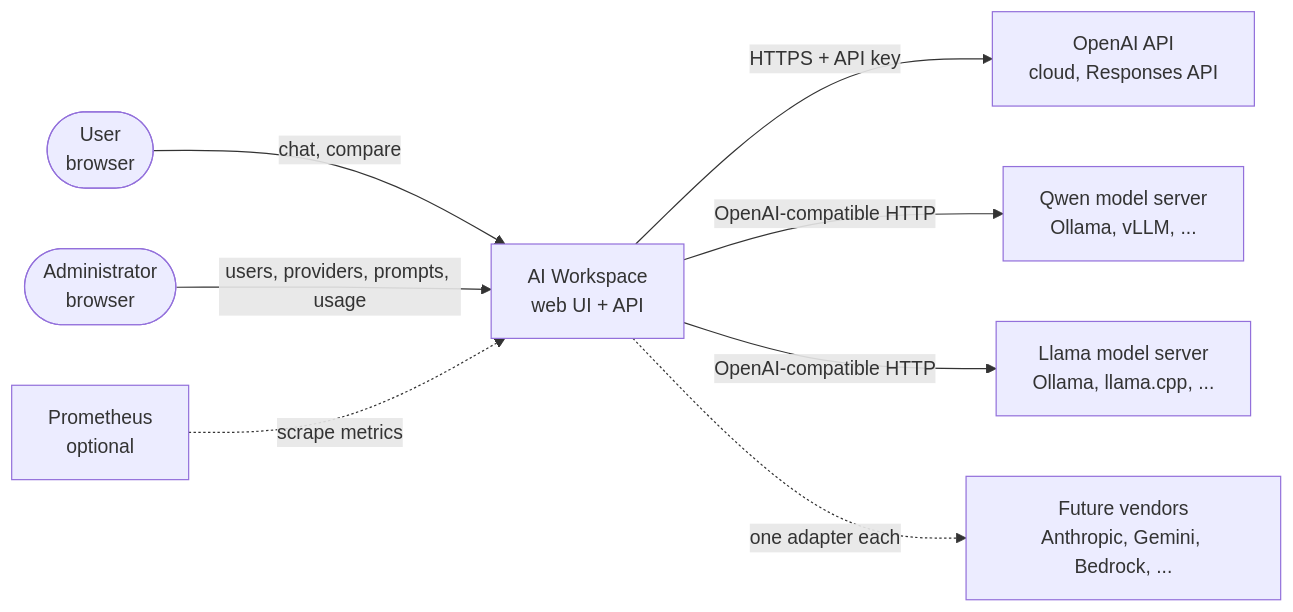
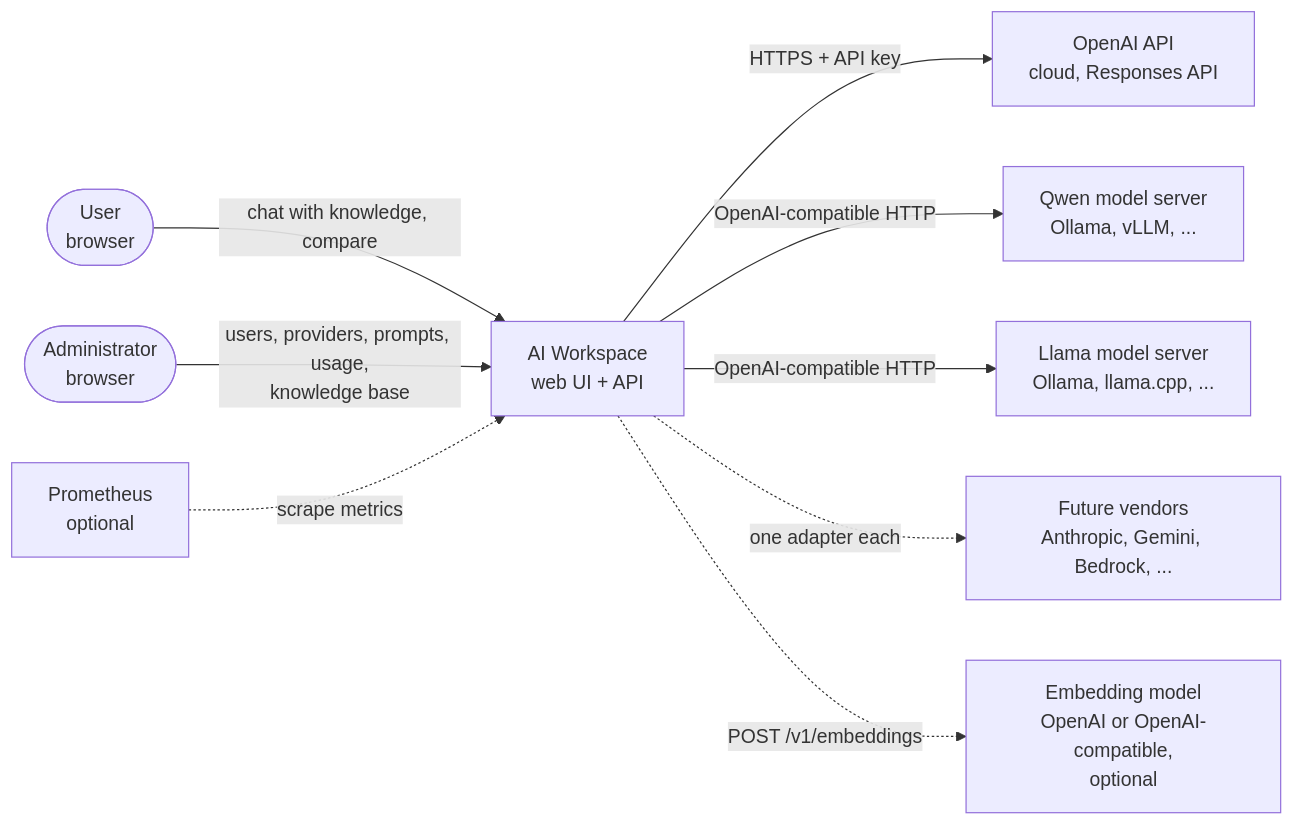
One commit to minhaj86/multi-llm-chat-agent changed the first of 15 diagrams in docs/architecture.md. Above: the diagram before and after it, drawn with Mermaid. The commit also changed other lines of this file and 196 other files, not shown here.

Commit message:
Add RAG knowledge base support

````diff
--- a/docs/architecture.md
+++ b/docs/architecture.md
@@ -36,19 +38,21 @@
 ```mermaid
 flowchart LR
     user(["User<br/>browser"])
     admin(["Administrator<br/>browser"])
     ws["AI Workspace<br/>web UI + API"]
     openai["OpenAI API<br/>cloud, Responses API"]
     qwen["Qwen model server<br/>Ollama, vLLM, ..."]
     llama["Llama model server<br/>Ollama, llama.cpp, ..."]
     future["Future vendors<br/>Anthropic, Gemini, Bedrock, ..."]
+    embed["Embedding model<br/>OpenAI or OpenAI-compatible,<br/>optional"]
     prom["Prometheus<br/>optional"]
 
-    user -->|"chat, compare"| ws
-    admin -->|"users, providers, prompts, usage"| ws
+    user -->|"chat with knowledge, compare"| ws
+    admin -->|"users, providers, prompts, usage,<br/>knowledge base"| ws
     ws -->|"HTTPS + API key"| openai
     ws -->|"OpenAI-compatible HTTP"| qwen
     ws -->|"OpenAI-compatible HTTP"| llama
     ws -.->|"one adapter each"| future
+    ws -.->|"POST /v1/embeddings"| embed
     prom -.->|"scrape metrics"| ws
 ```
````
